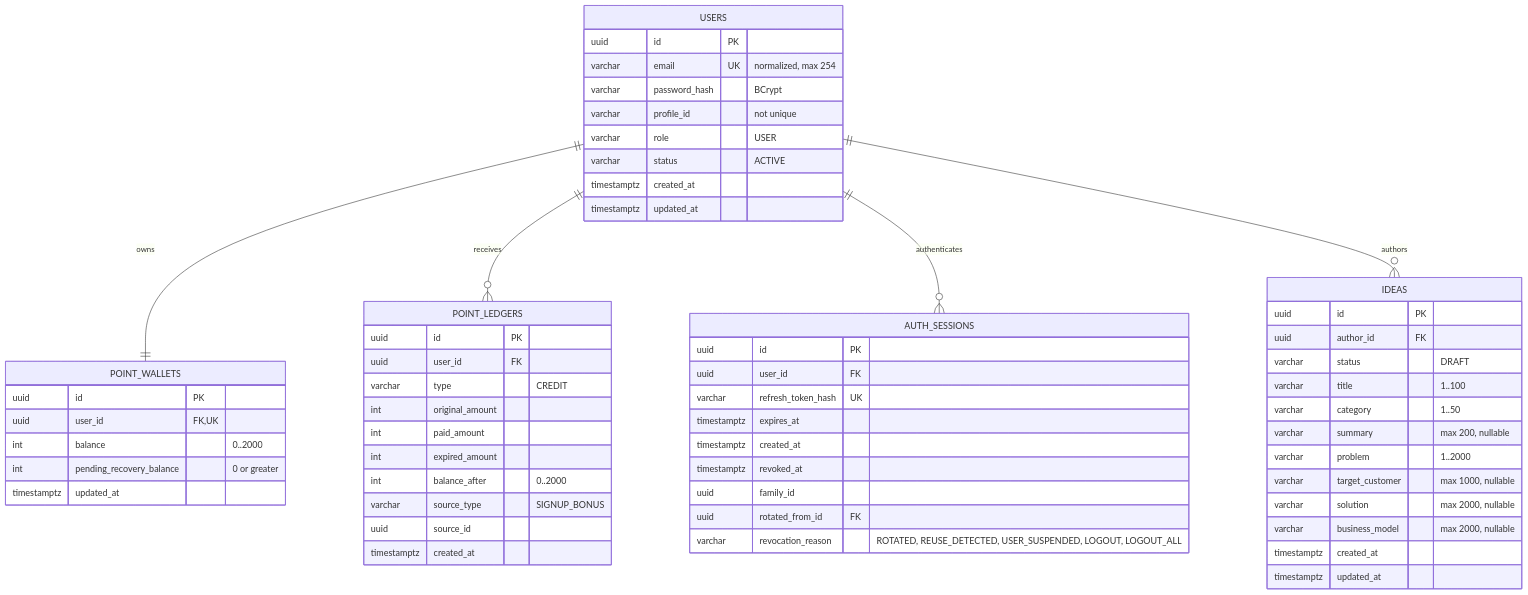
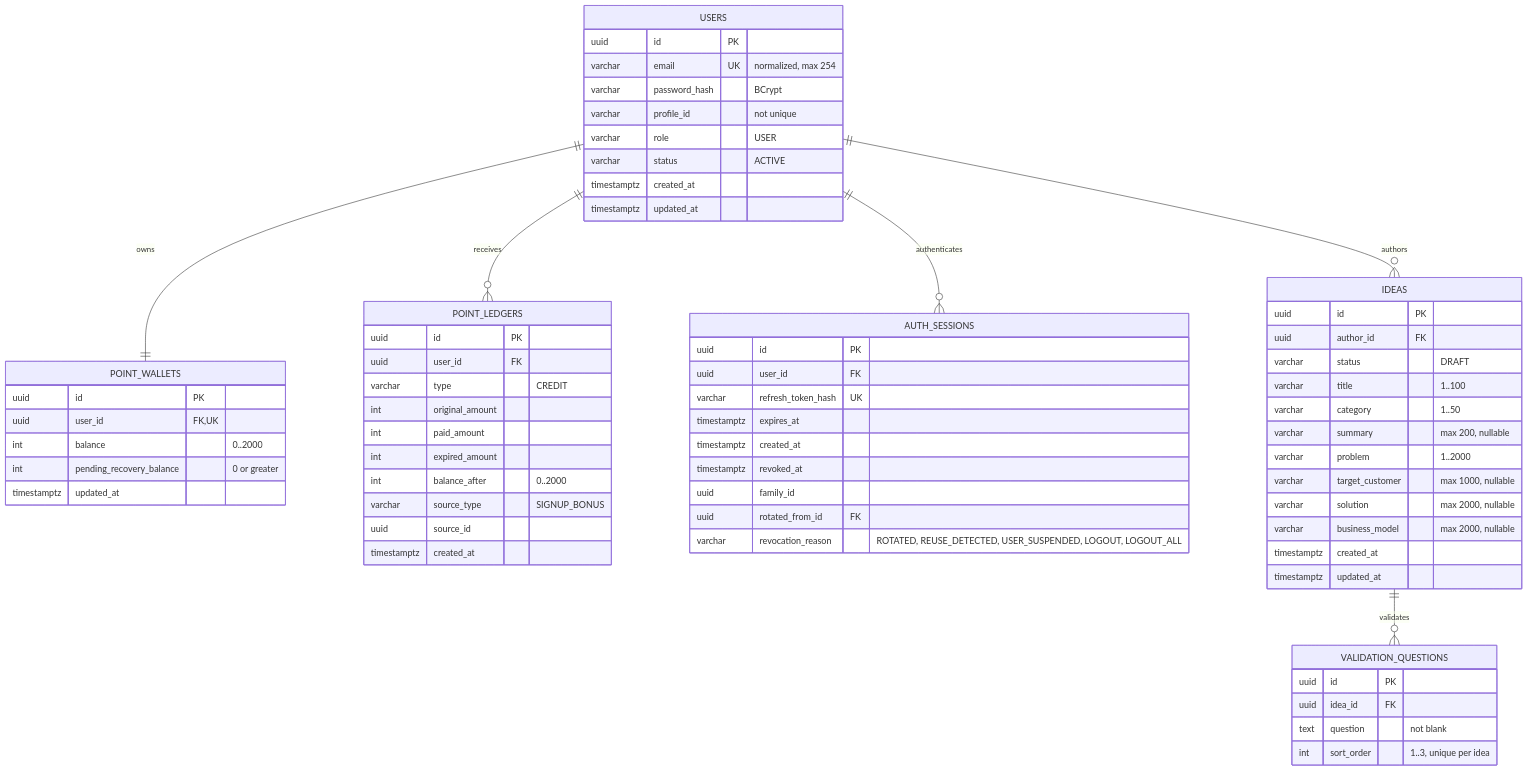
Before and after one commit to OpenSeedDev/openseed-be: the diagram in docs/architecture/erd.md, drawn with Mermaid. The commit also changed other lines of this file and 15 other files, not shown here.

Commit message:
feat: manage idea validation questions

````diff
--- a/docs/architecture/erd.md
+++ b/docs/architecture/erd.md
@@ -5,66 +5,74 @@
 ```mermaid
 erDiagram
     USERS ||--|| POINT_WALLETS : owns
     USERS ||--o{ POINT_LEDGERS : receives
     USERS ||--o{ AUTH_SESSIONS : authenticates
     USERS ||--o{ IDEAS : authors
+    IDEAS ||--o{ VALIDATION_QUESTIONS : validates
 
     USERS {
         uuid id PK
         varchar email UK "normalized, max 254"
         varchar password_hash "BCrypt"
         varchar profile_id "not unique"
         varchar role "USER"
         varchar status "ACTIVE"
         timestamptz created_at
         timestamptz updated_at
     }
 
     POINT_WALLETS {
         uuid id PK
         uuid user_id FK,UK
         int balance "0..2000"
         int pending_recovery_balance "0 or greater"
         timestamptz updated_at
     }
 
     POINT_LEDGERS {
         uuid id PK
         uuid user_id FK
         varchar type "CREDIT"
         int original_amount
         int paid_amount
         int expired_amount
         int balance_after "0..2000"
         varchar source_type "SIGNUP_BONUS"
         uuid source_id
         timestamptz created_at
     }
 
     AUTH_SESSIONS {
         uuid id PK
         uuid user_id FK
         varchar refresh_token_hash UK
         timestamptz expires_at
         timestamptz created_at
         timestamptz revoked_at
         uuid family_id
         uuid rotated_from_id FK
         varchar revocation_reason "ROTATED, REUSE_DETECTED, USER_SUSPENDED, LOGOUT, LOGOUT_ALL"
     }
 
     IDEAS {
         uuid id PK
         uuid author_id FK
         varchar status "DRAFT"
         varchar title "1..100"
         varchar category "1..50"
         varchar summary "max 200, nullable"
         varchar problem "1..2000"
         varchar target_customer "max 1000, nullable"
         varchar solution "max 2000, nullable"
         varchar business_model "max 2000, nullable"
         timestamptz created_at
         timestamptz updated_at
     }
+
+    VALIDATION_QUESTIONS {
+        uuid id PK
+        uuid idea_id FK
+        text question "not blank"
+        int sort_order "1..3, unique per idea"
+    }
 ```
````
